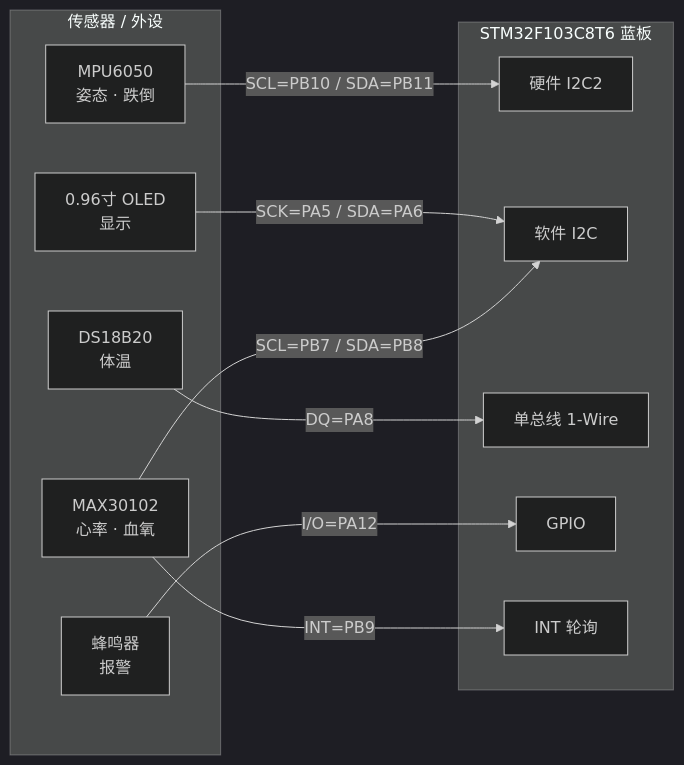
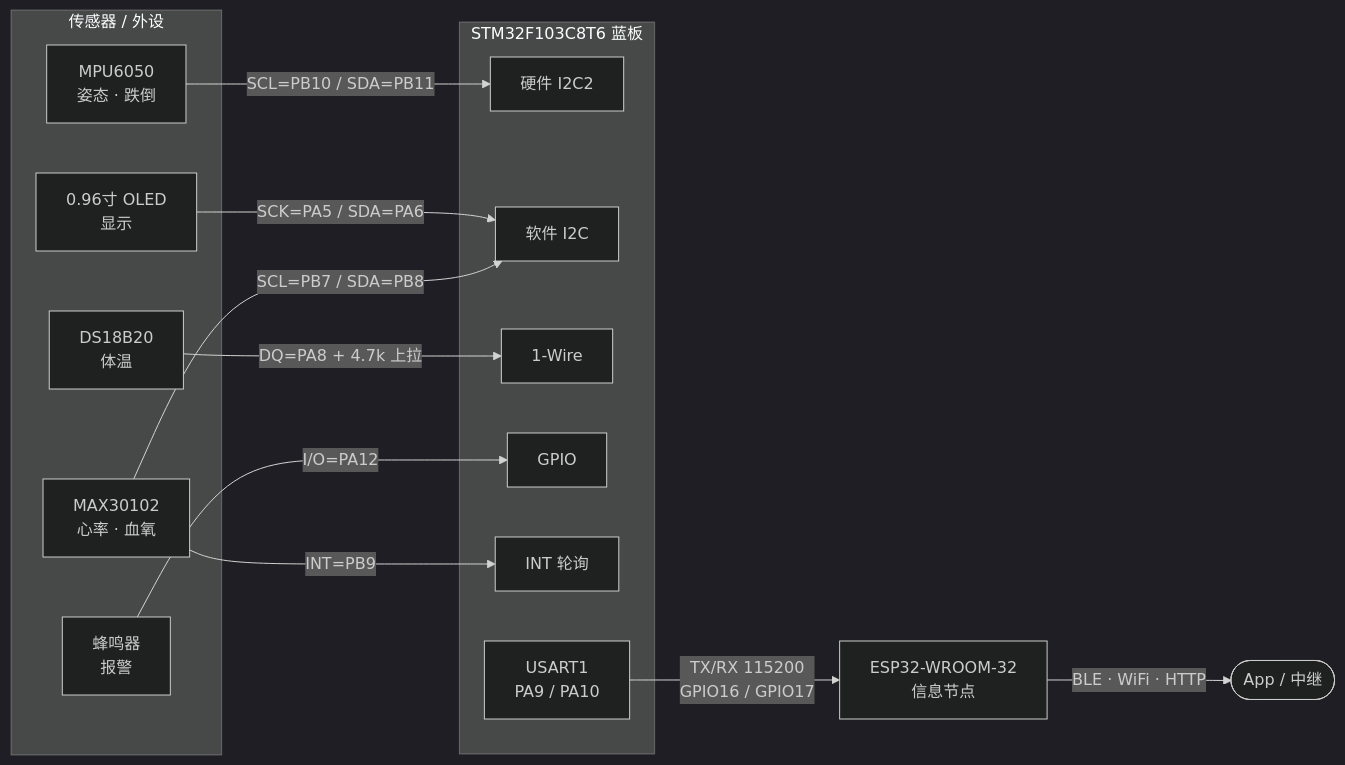
Before and after one commit to PandaGuGu/stm32-health-monitor: the diagram in board/schematic.md, drawn with Mermaid (dark theme). The commit also changed other lines of this file and 2 other files, not shown here.

````diff
--- a/board/schematic.md
+++ b/board/schematic.md
@@ -35,25 +42,30 @@
 ```mermaid
 flowchart LR
     subgraph Sensors["传感器 / 外设"]
         HR["MAX30102<br/>心率 · 血氧"]
         IMU["MPU6050<br/>姿态 · 跌倒"]
         TEMP["DS18B20<br/>体温"]
         BUZ["蜂鸣器<br/>报警"]
         LCD["0.96寸 OLED<br/>显示"]
     end
 
     subgraph MCU["STM32F103C8T6 蓝板"]
         I2C2["硬件 I2C2"]
         SWI["软件 I2C"]
-        OW["单总线 1-Wire"]
+        OW["1-Wire"]
         GPIO["GPIO"]
         POLL["INT 轮询"]
+        U1["USART1<br/>PA9 / PA10"]
     end
+
+    ESP["ESP32-WROOM-32<br/>信息节点"]
 
     HR -- "SCL=PB7 / SDA=PB8" --> SWI
     HR -- "INT=PB9" --> POLL
     IMU -- "SCL=PB10 / SDA=PB11" --> I2C2
-    TEMP -- "DQ=PA8" --> OW
+    TEMP -- "DQ=PA8 + 4.7k 上拉" --> OW
     LCD -- "SCK=PA5 / SDA=PA6" --> SWI
     BUZ -- "I/O=PA12" --> GPIO
+    U1 -- "TX/RX 115200<br/>GPIO16 / GPIO17" --> ESP
+    ESP -- "BLE · WiFi · HTTP" --> NET(["App / 中继"])
 ```
````
